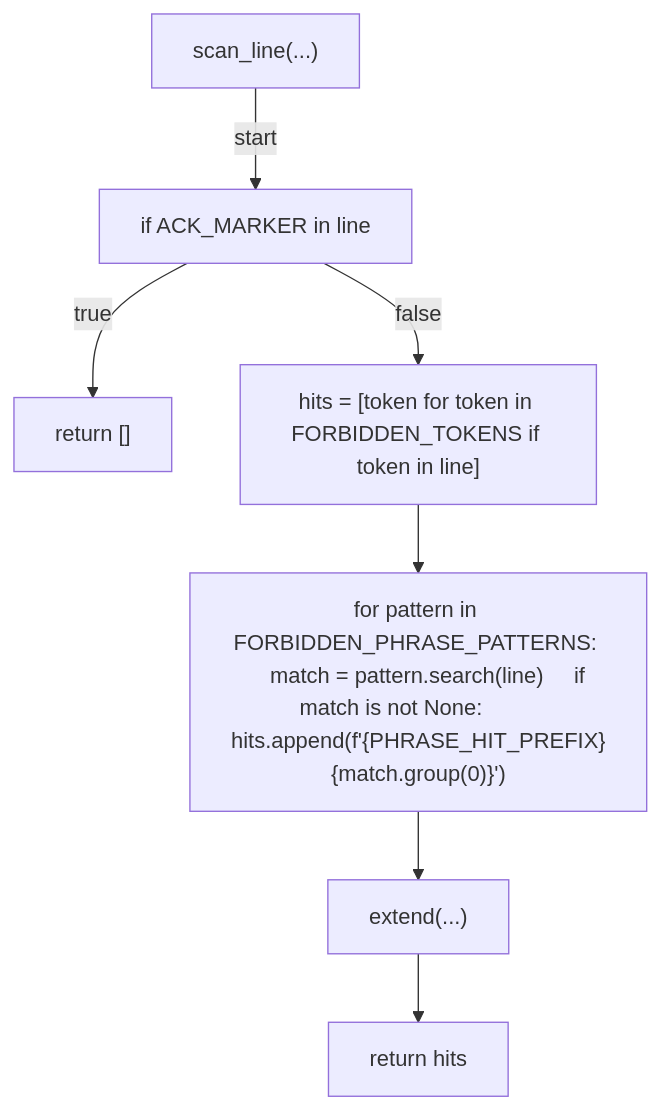
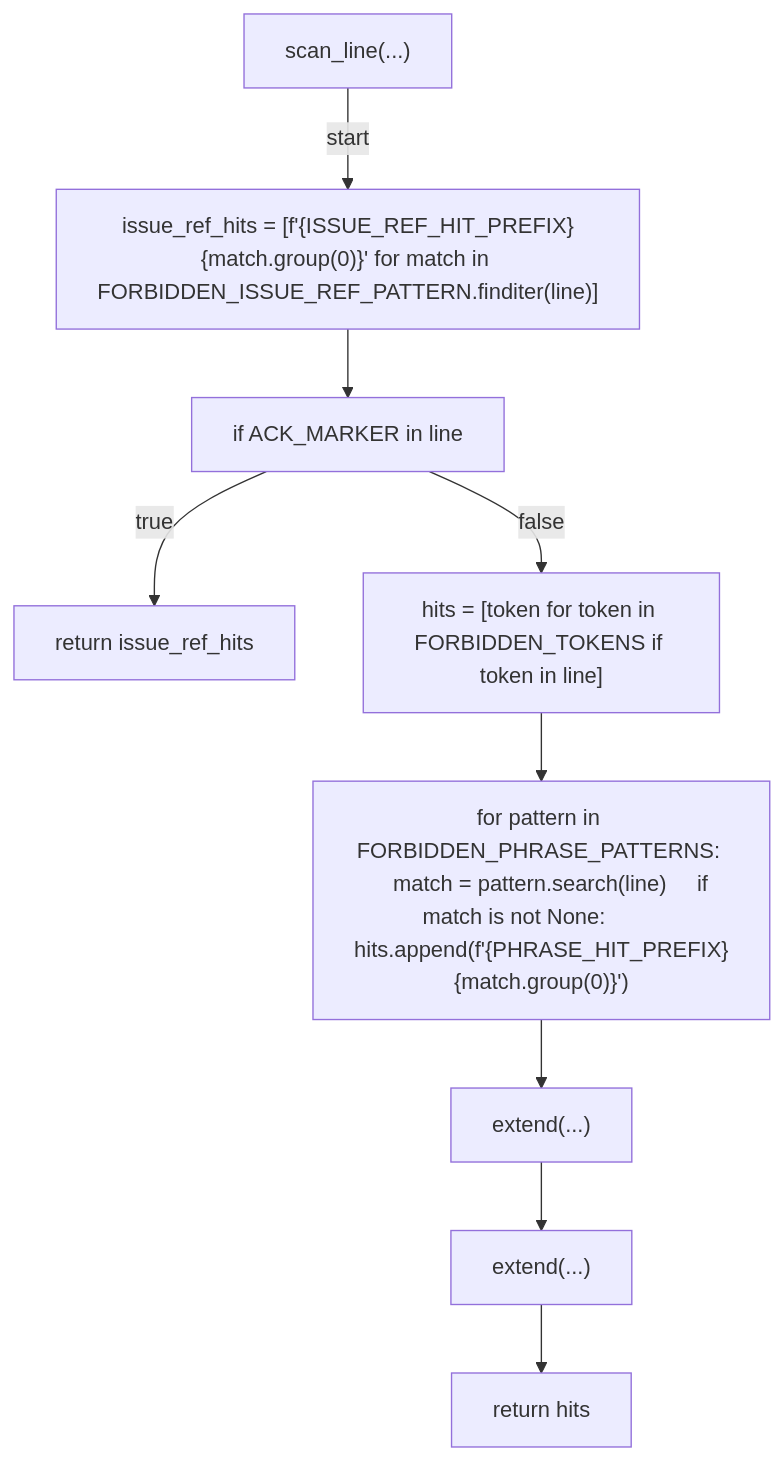
Before and after one commit to tvna/claude-md: the first of 6 diagrams in docs/generated/scripts/ast/scan_apm_portability.md, drawn with Mermaid. The commit also changed other lines of this file, not shown here.

Commit message:
docs(generated): regenerate decision tree and workflow diagrams (#2523)
Refs #960

````diff
--- a/docs/generated/scripts/ast/scan_apm_portability.md
+++ b/docs/generated/scripts/ast/scan_apm_portability.md
@@ -7,16 +7,20 @@
 ```mermaid
 flowchart TD
     N001["scan_line(...)"]
-    N002["if ACK_MARKER in line"]
-    N003["return []"]
-    N004["hits = [token for token in FORBIDDEN_TOKENS if token in line]"]
-    N005["for pattern in FORBIDDEN_PHRASE_PATTERNS:     match = pattern.search(line)     if match is not None:         hits.append(f'{PHRASE_HIT_PREFIX}{match.group(0)}')"]
-    N006["extend(...)"]
-    N007["return hits"]
+    N002["issue_ref_hits = [f'{ISSUE_REF_HIT_PREFIX}{match.group(0)}' for match in FORBIDDEN_ISSUE_REF_PATTERN.finditer(line)]"]
+    N003["if ACK_MARKER in line"]
+    N004["return issue_ref_hits"]
+    N005["hits = [token for token in FORBIDDEN_TOKENS if token in line]"]
+    N006["for pattern in FORBIDDEN_PHRASE_PATTERNS:     match = pattern.search(line)     if match is not None:         hits.append(f'{PHRASE_HIT_PREFIX}{match.group(0)}')"]
+    N007["extend(...)"]
+    N008["extend(...)"]
+    N009["return hits"]
     N001 -->|"start"| N002
-    N002 -->|"true"| N003
-    N002 -->|"false"| N004
-    N004 --> N005
+    N002 --> N003
+    N003 -->|"true"| N004
+    N003 -->|"false"| N005
     N005 --> N006
     N006 --> N007
+    N007 --> N008
+    N008 --> N009
 ```
````
